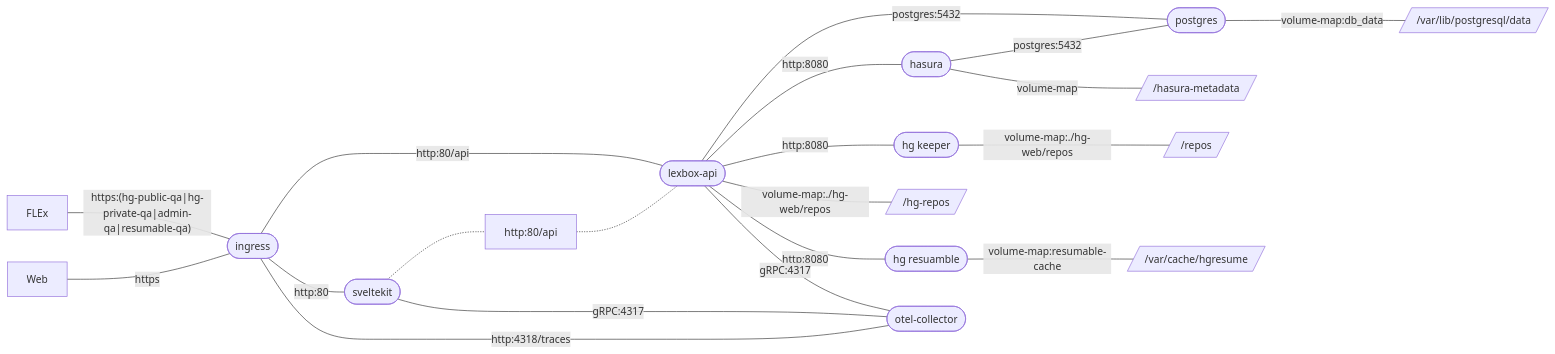
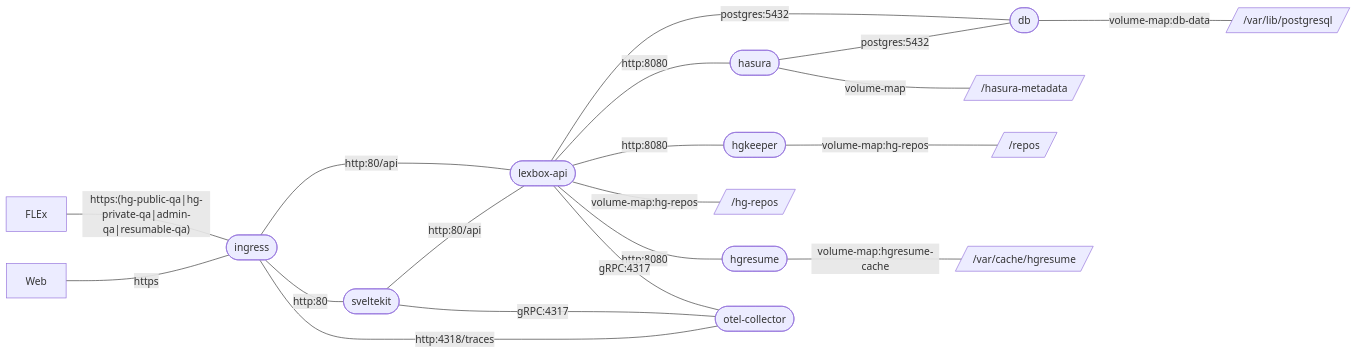
Before and after one commit to sillsdev/languageforge-lexbox: the third of 3 diagrams in README.md, drawn with Mermaid. The commit also changed other lines of this file and 8 other files, not shown here.

````diff
--- a/README.md
+++ b/README.md
@@ -119,30 +119,30 @@
 ```mermaid
 
 flowchart LR
     FLEx -- "https:(hg-public-qa|hg-private-qa|admin-qa|resumable-qa)" --- Proxy
     Web -- https --- Proxy([ingress])
 
     Proxy -- http:80/api --- api([lexbox-api])
     Proxy -- http:80 --- node([sveltekit])
 
-    api -- postgres:5432 --- db([postgres])
-    db -- volume-map:db_data --- data[//var/lib/postgresql/data/]
+    api -- postgres:5432 --- db([db])
+    db -- volume-map:db-data --- data[//var/lib/postgresql/]
 
     api -- http:8080 --- hasura([hasura])
-    hasura -- postgres:5432 --- db([postgres])
+    hasura -- postgres:5432 --- db
     hasura -- volume-map --- metadata[//hasura-metadata/]
 
-    api -- http:8080 --- hg([hg keeper])
-    hg -- volume-map:./hg-web/repos --- repos[//repos/]
-    api -- volume-map:./hg-web/repos --- hg-repos[//hg-repos/]
+    api -- http:8080 --- hgkeeper([hgkeeper])
+    hgkeeper -- volume-map:hg-repos --- repos[//repos/]
+    api -- volume-map:hg-repos --- hg-repos[//hg-repos/]
 
-    api -- http:8080 --- hg-resumable([hg resuamble])
-    hg-resumable -- volume-map:resumable-cache --- cache[//var/cache/hgresume/]
+    api -- http:8080 --- hgresume([hgresume])
+    hgresume -- volume-map:hgresume-cache --- cache[//var/cache/hgresume/]
 
-    node -.- http:80/api -.- api
+    node -- http:80/api --- api
 
     api -- gRPC:4317 --- otel-collector([otel-collector])
     Proxy -- http:4318/traces --- otel-collector
     node -- gRPC:4317 --- otel-collector
 
 ```
````
